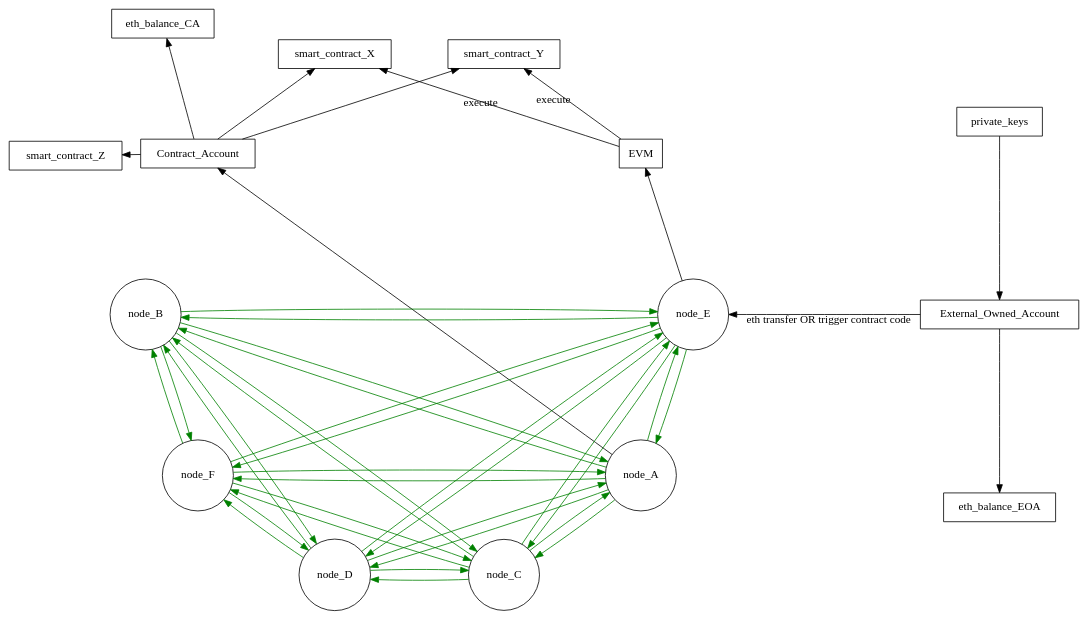
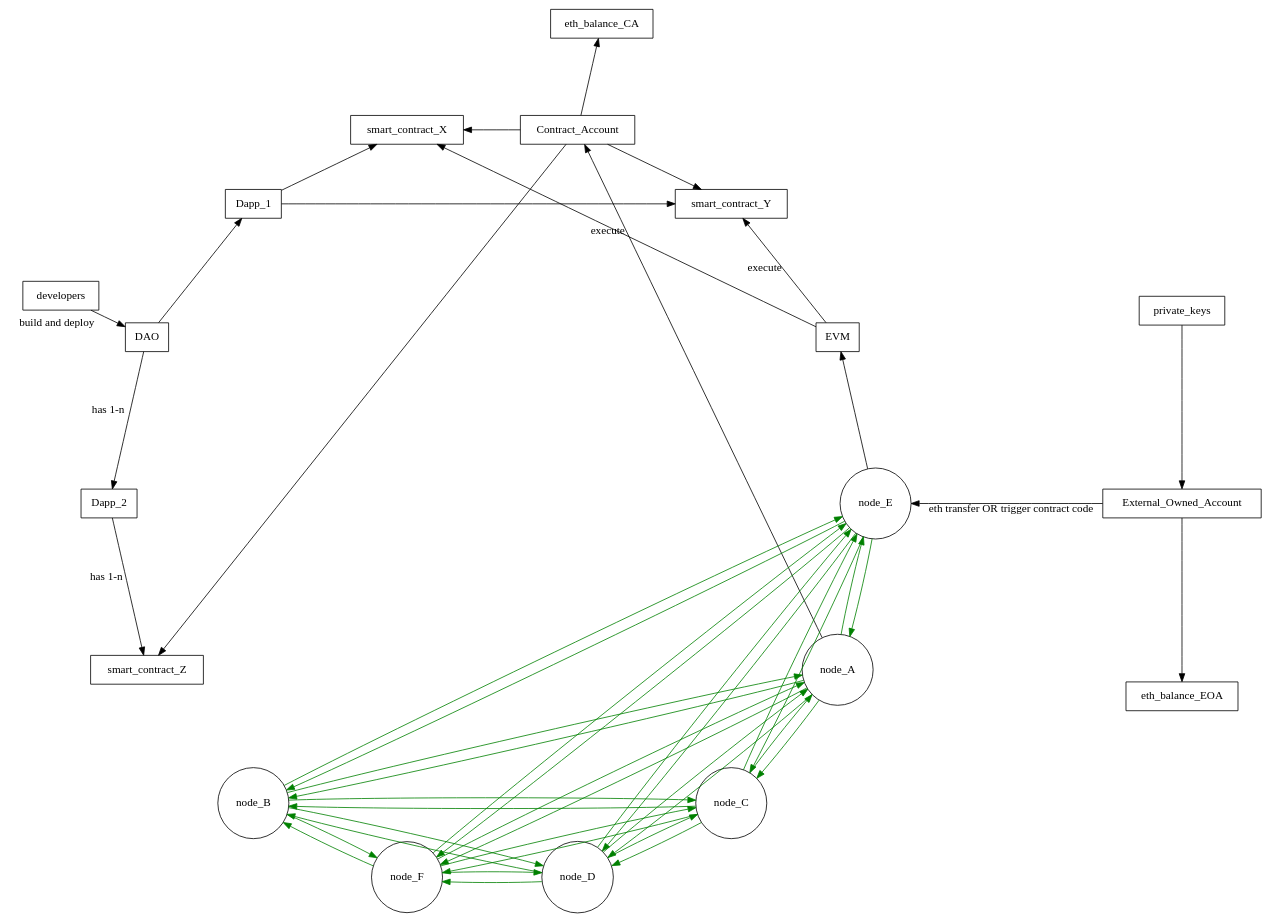
One commit to manilabay/blockchain-graphs changed the diagram in ethereum-architecture.dot. Above: the diagram before and after it, drawn with Graphviz. The commit also changed 1 other file, not shown here.

Commit message:
adding DAOs, dapps and developers

```diff
--- a/ethereum-architecture.dot
+++ b/ethereum-architecture.dot
@@ -1,66 +1,74 @@
 digraph ethereum {
 
   layout="circo";
   node [shape = circle];
 
   node_A -> node_B [color="green"];
   node_A -> node_C [color="green"];
   node_A -> node_D [color="green"];
   node_A -> node_E [color="green"];
   node_A -> node_F [color="green"];
 
   node_B -> node_A [color="green"];
   node_B -> node_C [color="green"];
   node_B -> node_D [color="green"];
   node_B -> node_E [color="green"];
   node_B -> node_F [color="green"];
 
   node_C -> node_A [color="green"];
   node_C -> node_B [color="green"];
   node_C -> node_D [color="green"];
   node_C -> node_E [color="green"];
   node_C -> node_F [color="green"];
 
   node_D -> node_A [color="green"];
   node_D -> node_B [color="green"];
   node_D -> node_C [color="green"];
   node_D -> node_E [color="green"];
   node_D -> node_F [color="green"];
 
   node_E -> node_A [color="green"];
   node_E -> node_B [color="green"];
   node_E -> node_C [color="green"];
   node_E -> node_D [color="green"];
   node_E -> node_F [color="green"];
 
   node_F -> node_A [color="green"];
   node_F -> node_B [color="green"];
   node_F -> node_C [color="green"];
   node_F -> node_D [color="green"];
   node_F -> node_E [color="green"];
 
   rankdir=LR;
   subgraph components_by_node {
 
   layout="dot";
   node [shape = box];
 
     node_E -> EVM;
     EVM -> smart_contract_X [label="execute"];
     EVM -> smart_contract_Y [label="execute"];
     node_A -> Contract_Account;
     #node_E -> External_Owned_Account;
     Contract_Account -> eth_balance_CA;
     Contract_Account -> smart_contract_X;
     Contract_Account -> smart_contract_Y;
     Contract_Account -> smart_contract_Z;
     External_Owned_Account -> eth_balance_EOA;
     External_Owned_Account -> node_E [label="eth transfer OR trigger contract code"];
 
+    #Abstract objects
+
+    developers -> DAO [label="build and deploy"];
+    DAO -> Dapp_1;
+    DAO -> Dapp_2 [label="has 1-n"];
+    Dapp_1 -> smart_contract_X;
+    Dapp_1 -> smart_contract_Y;
+    Dapp_2 -> smart_contract_Z [label="has 1-n"];
 
     private_keys -> External_Owned_Account;
 
 
   }
 
 }
```
